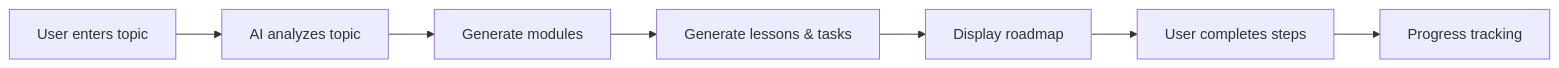
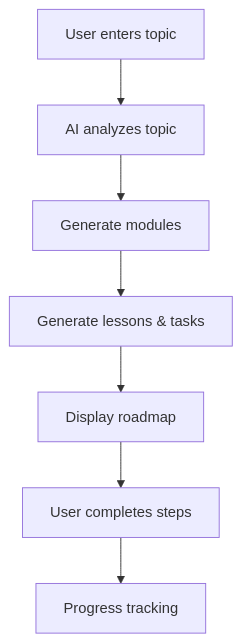
Before and after one commit to KaranUnique/LearnX: the diagram in README.md, drawn with Mermaid. The commit also changed other lines of this file, not shown here.

````diff
--- a/README.md
+++ b/README.md
@@ -137,9 +136,9 @@
 ```mermaid
-flowchart LR
+flowchart TB
     A[User enters topic] --> B[AI analyzes topic]
     B --> C[Generate modules]
     C --> D[Generate lessons & tasks]
     D --> E[Display roadmap]
     E --> F[User completes steps]
     F --> G[Progress tracking]
 ```
````
